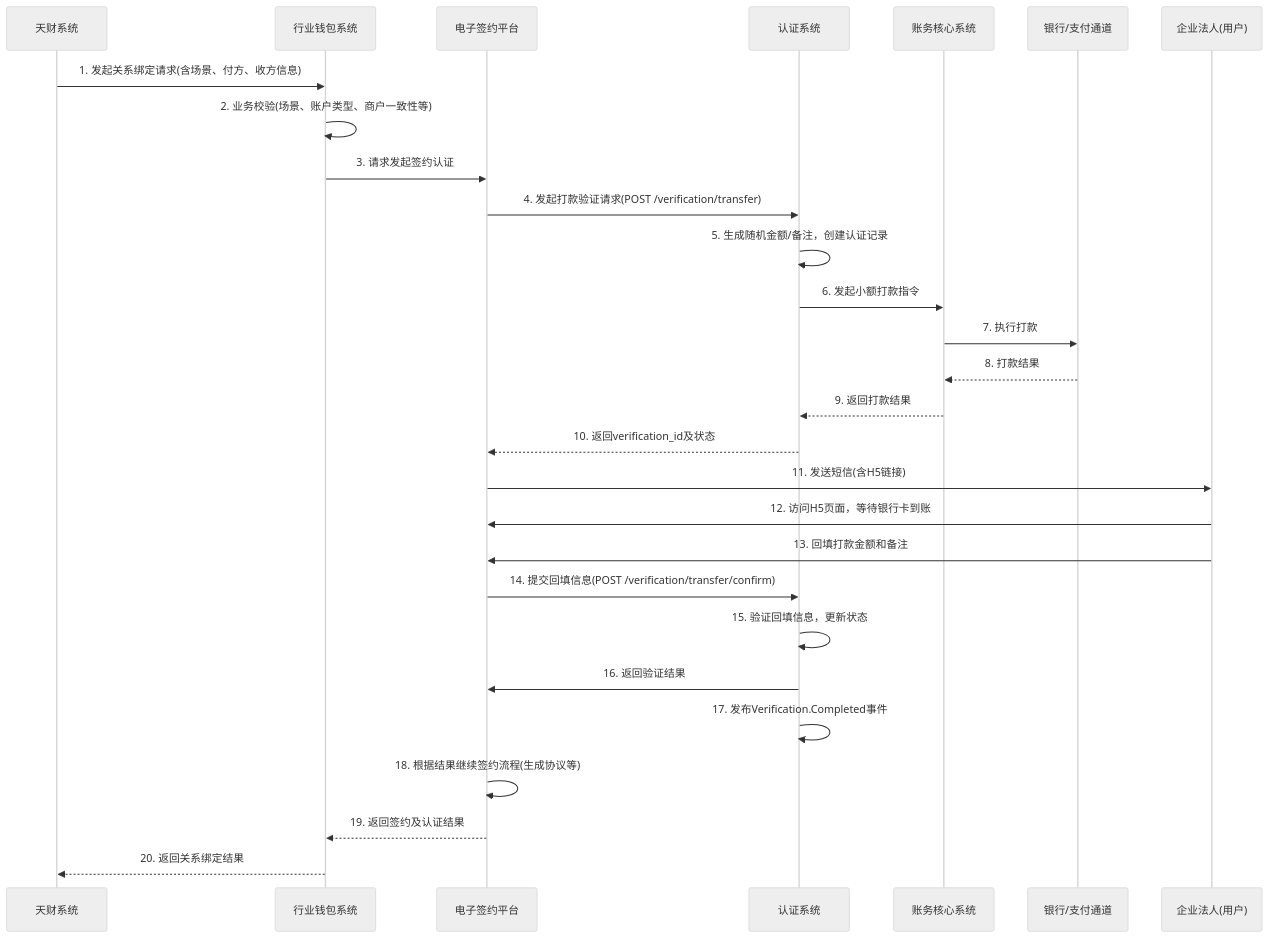
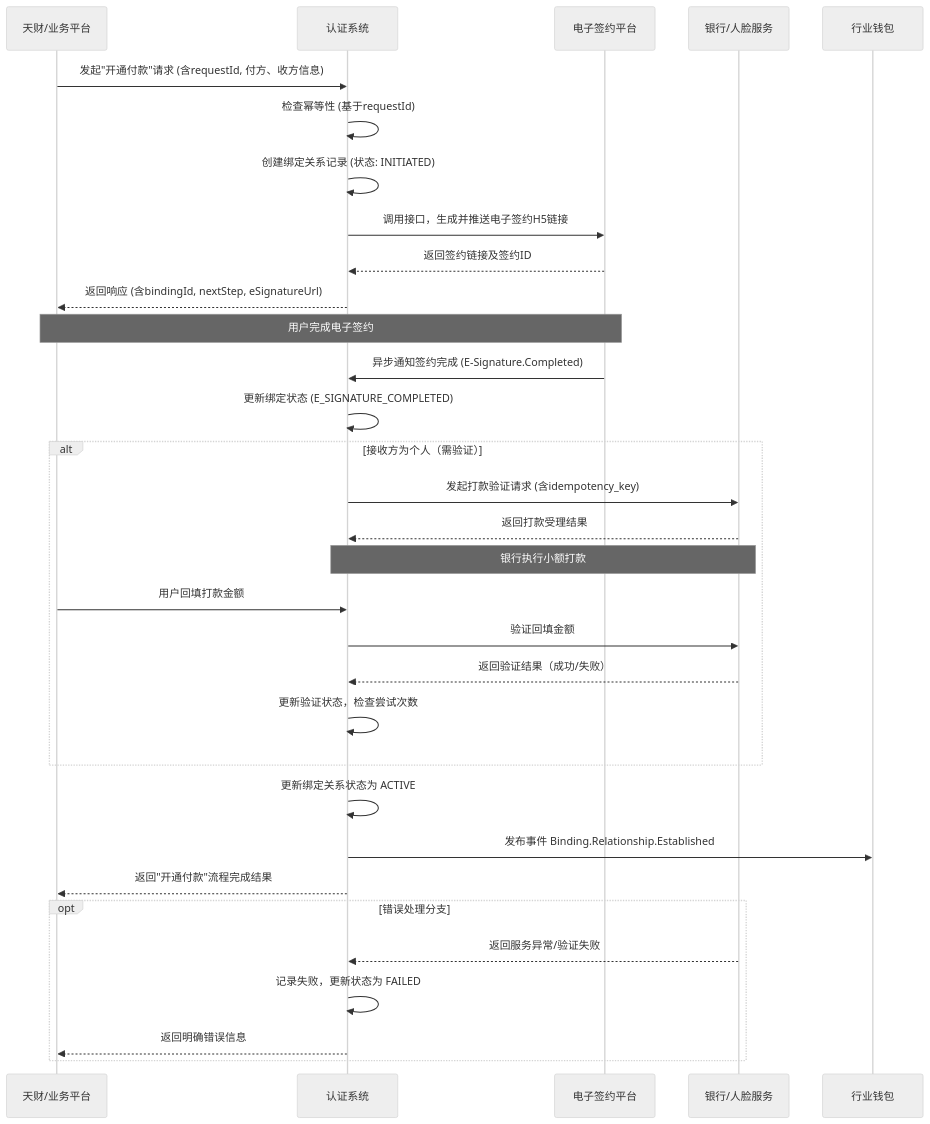
Before and after one commit to youzi211/AiCoding: the diagram in data/天财分账需求/deepseek-v3.2/workspace/02_modules/module_认证系统.md, drawn with Mermaid (neutral theme). The commit also changed other lines of this file and 92 other files, not shown here.

Commit message:
增加对文档中图片提取的功能，用gpt模型生成文字描述。

````diff
--- a/data/天财分账需求/deepseek-v3.2/workspace/02_modules/module_认证系统.md
+++ b/data/天财分账需求/deepseek-v3.2/workspace/02_modules/module_认证系统.md
@@ -410,31 +72,35 @@
 ```mermaid
 sequenceDiagram
-    participant 天财 as 天财系统
-    participant 钱包 as 行业钱包系统
-    participant 电签 as 电子签约平台
-    participant 认证 as 认证系统
-    participant 账务核心 as 账务核心系统
-    participant 银行 as 银行/支付通道
-    participant 用户 as 企业法人(用户)
+    participant T as 天财/业务平台
+    participant A as 认证系统
+    participant E as 电子签约平台
+    participant B as 银行/人脸服务
+    participant W as 行业钱包
 
-    天财->>钱包: 1. 发起关系绑定请求(含场景、付方、收方信息)
-    钱包->>钱包: 2. 业务校验(场景、账户类型、商户一致性等)
-    钱包->>电签: 3. 请求发起签约认证
-    电签->>认证: 4. 发起打款验证请求(POST /verification/transfer)
-    认证->>认证: 5. 生成随机金额/备注，创建认证记录
-    认证->>账务核心: 6. 发起小额打款指令
-    账务核心->>银行: 7. 执行打款
-    银行-->>账务核心: 8. 打款结果
-    账务核心-->>认证: 9. 返回打款结果
-    认证-->>电签: 10. 返回verification_id及状态
-    电签->>用户: 11. 发送短信(含H5链接)
-    用户->>电签: 12. 访问H5页面，等待银行卡到账
-    用户->>电签: 13. 回填打款金额和备注
-    电签->>认证: 14. 提交回填信息(POST /verification/transfer/confirm)
-    认证->>认证: 15. 验证回填信息，更新状态
-    认证->>电签: 16. 返回验证结果
-    认证->>认证: 17. 发布Verification.Completed事件
-    电签->>电签: 18. 根据结果继续签约流程(生成协议等)
-    电签-->>钱包: 19. 返回签约及认证结果
-    钱包-->>天财: 20. 返回关系绑定结果
+    T->>A: 发起"开通付款"请求 (含requestId, 付方、收方信息)
+    A->>A: 检查幂等性 (基于requestId)
+    A->>A: 创建绑定关系记录 (状态: INITIATED)
+    A->>E: 调用接口，生成并推送电子签约H5链接
+    E-->>A: 返回签约链接及签约ID
+    A-->>T: 返回响应 (含bindingId, nextStep, eSignatureUrl)
+    Note over T,E: 用户完成电子签约
+    E->>A: 异步通知签约完成 (E-Signature.Completed)
+    A->>A: 更新绑定状态 (E_SIGNATURE_COMPLETED)
+    alt 接收方为个人（需验证）
+        A->>B: 发起打款验证请求 (含idempotency_key)
+        B-->>A: 返回打款受理结果
+        Note over A,B: 银行执行小额打款
+        T->>A: 用户回填打款金额
+        A->>B: 验证回填金额
+        B-->>A: 返回验证结果（成功/失败）
+        A->>A: 更新验证状态，检查尝试次数
+    end
+    A->>A: 更新绑定关系状态为 ACTIVE
+    A->>W: 发布事件 Binding.Relationship.Established
+    A-->>T: 返回"开通付款"流程完成结果
+    opt 错误处理分支
+        B-->>A: 返回服务异常/验证失败
+        A->>A: 记录失败，更新状态为 FAILED
+        A-->>T: 返回明确错误信息
+    end
 ```
````
